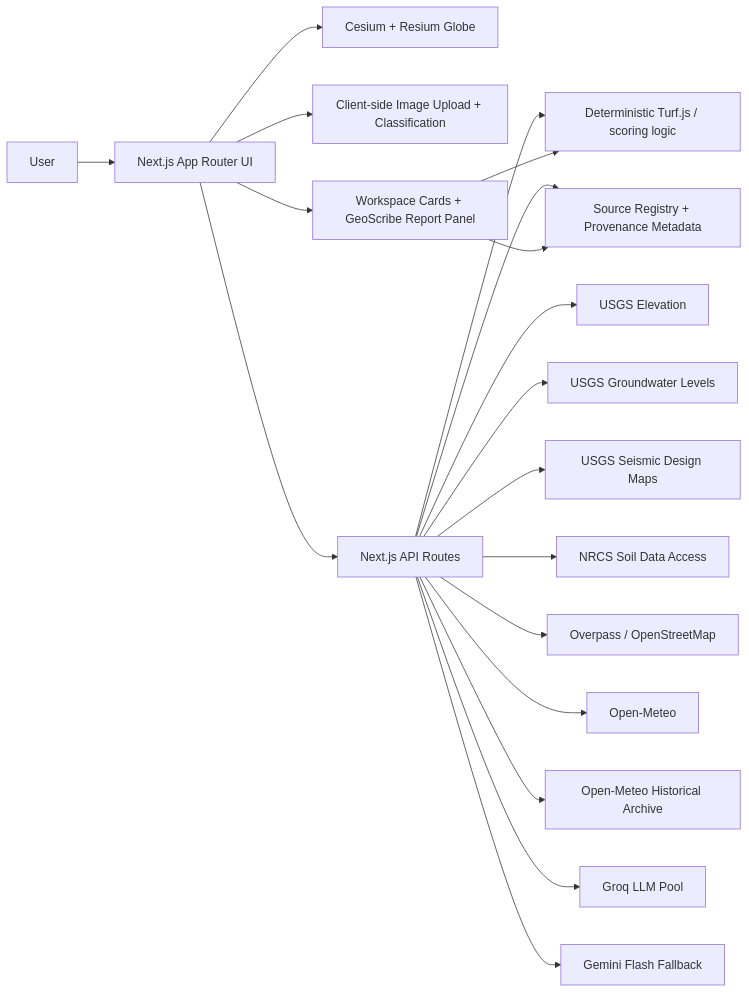
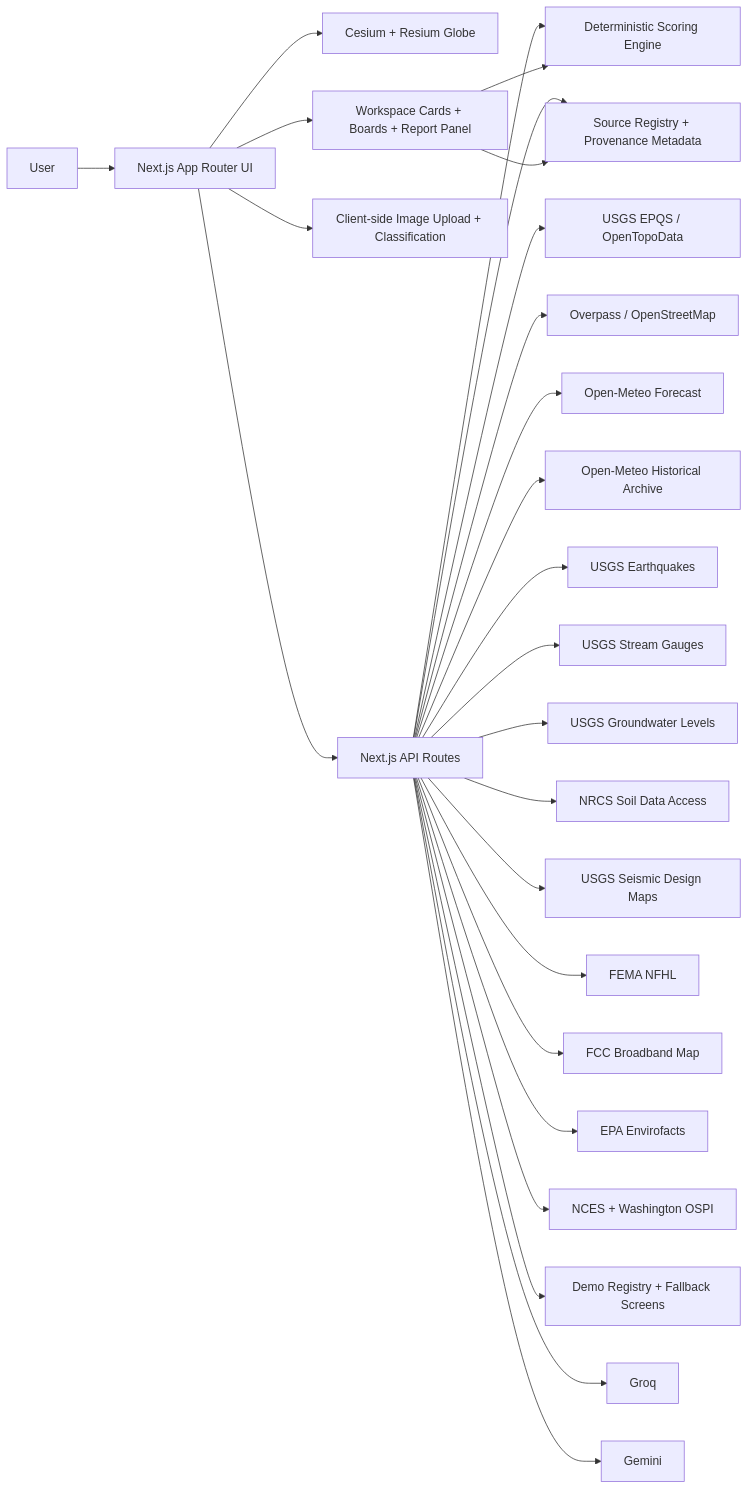
Before and after one commit to sabinMas/geosight-gspat: the diagram in README.md, drawn with Mermaid. The commit also changed other lines of this file and 14 other files, not shown here.

````diff
--- a/README.md
+++ b/README.md
@@ -108,21 +120,28 @@
 ```mermaid
 flowchart LR
   User["User"] --> UI["Next.js App Router UI"]
   UI --> Globe["Cesium + Resium Globe"]
+  UI --> Cards["Workspace Cards + Boards + Report Panel"]
   UI --> Upload["Client-side Image Upload + Classification"]
-  UI --> Cards["Workspace Cards + GeoScribe Report Panel"]
   UI --> APIs["Next.js API Routes"]
-  APIs --> USGS["USGS Elevation"]
+  APIs --> Terrain["USGS EPQS / OpenTopoData"]
+  APIs --> OSM["Overpass / OpenStreetMap"]
+  APIs --> Weather["Open-Meteo Forecast"]
+  APIs --> ClimateArchive["Open-Meteo Historical Archive"]
+  APIs --> EQ["USGS Earthquakes"]
+  APIs --> Gauges["USGS Stream Gauges"]
   APIs --> Groundwater["USGS Groundwater Levels"]
+  APIs --> Soils["NRCS Soil Data Access"]
   APIs --> Seismic["USGS Seismic Design Maps"]
-  APIs --> Soils["NRCS Soil Data Access"]
-  APIs --> OSM["Overpass / OpenStreetMap"]
-  APIs --> Weather["Open-Meteo"]
-  APIs --> ClimateArchive["Open-Meteo Historical Archive"]
-  APIs --> Groq["Groq LLM Pool"]
-  APIs --> Gemini["Gemini Flash Fallback"]
-  APIs --> Score["Deterministic Turf.js / scoring logic"]
+  APIs --> Flood["FEMA NFHL"]
+  APIs --> Broadband["FCC Broadband Map"]
+  APIs --> EPA["EPA Envirofacts"]
+  APIs --> Schools["NCES + Washington OSPI"]
+  APIs --> Demo["Demo Registry + Fallback Screens"]
+  APIs --> Score["Deterministic Scoring Engine"]
   APIs --> Sources["Source Registry + Provenance Metadata"]
+  APIs --> Groq["Groq"]
+  APIs --> Gemini["Gemini"]
   Cards --> Score
   Cards --> Sources
 ```
````
